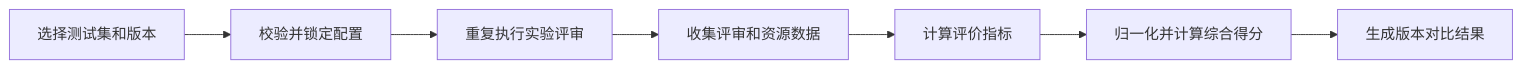
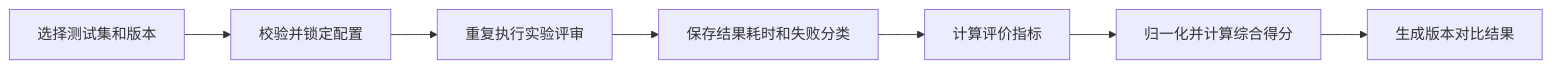
The diagram in docs/project/03-微服务设计/ai-evaluation-service/AI裁判/执行流程.md (Dorian7Alden/LeetModel), drawn with Mermaid before and after one commit. The commit also changed other lines of this file and 15 other files, not shown here.

````diff
--- a/docs/project/03-微服务设计/ai-evaluation-service/AI裁判/执行流程.md
+++ b/docs/project/03-微服务设计/ai-evaluation-service/AI裁判/执行流程.md
@@ -3,9 +3,9 @@
 ```mermaid
 flowchart LR
     A[选择测试集和版本] --> B[校验并锁定配置]
     B --> C[重复执行实验评审]
-    C --> D[收集评审和资源数据]
+    C --> D[保存结果耗时和失败分类]
     D --> E[计算评价指标]
     E --> F[归一化并计算综合得分]
     F --> G[生成版本对比结果]
 ```
````
